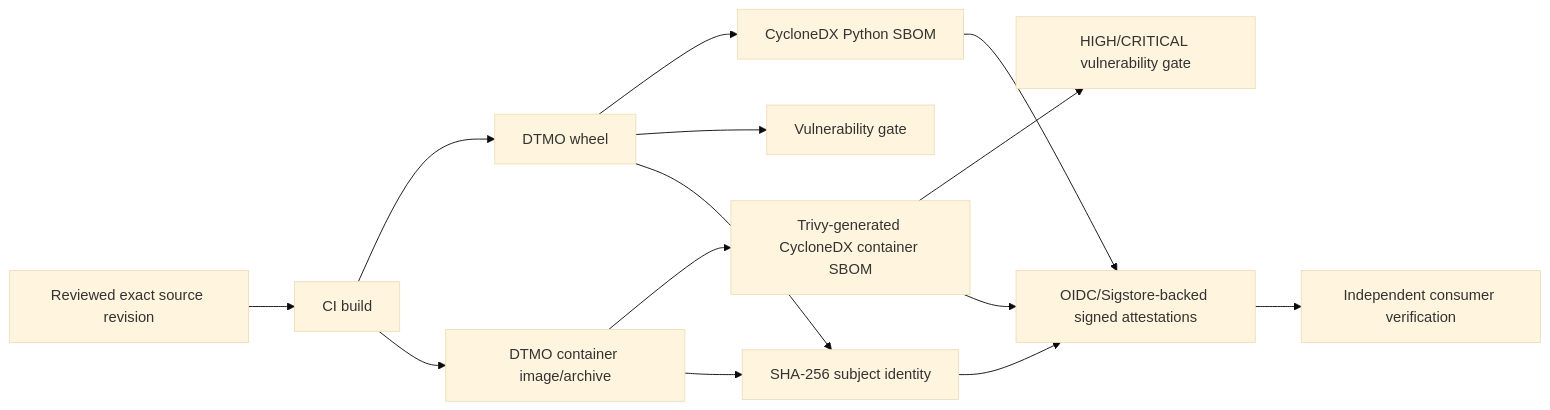
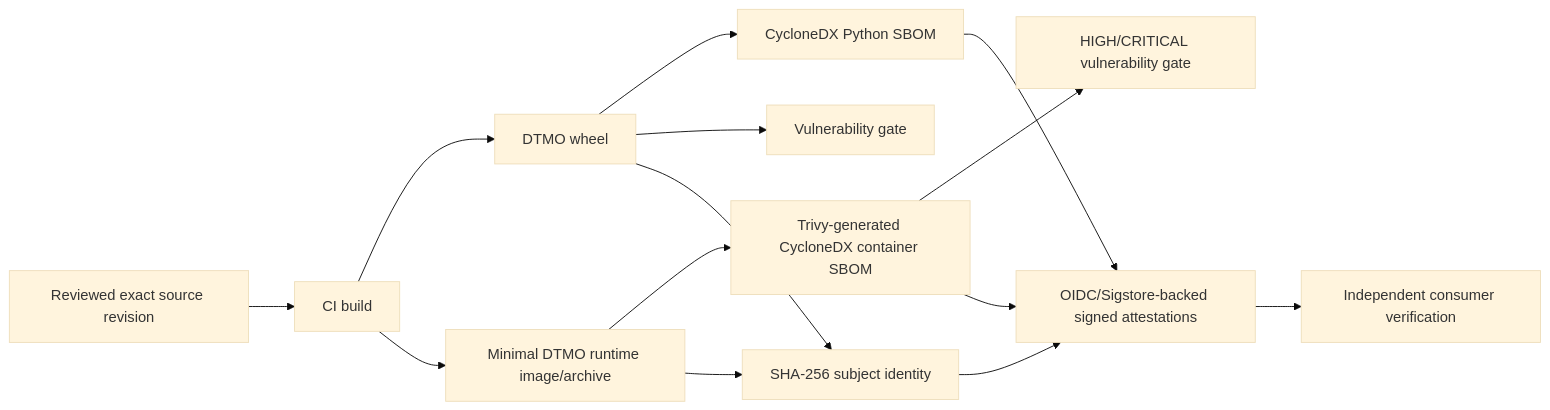
One commit to GJvManen/dtmo changed the diagram in docs/security/PHASE11_8G_SUPPLY_CHAIN_HARDENING.md. Above: the diagram before and after it, drawn with Mermaid (base theme). The commit also changed other lines of this file, not shown here.

Commit message:
Document minimal runtime supply-chain boundary

````diff
--- a/docs/security/PHASE11_8G_SUPPLY_CHAIN_HARDENING.md
+++ b/docs/security/PHASE11_8G_SUPPLY_CHAIN_HARDENING.md
@@ -9,16 +9,16 @@
 ```mermaid
 flowchart LR
     SRC[Reviewed exact source revision] --> BUILD[CI build]
     BUILD --> WHEEL[DTMO wheel]
-    BUILD --> IMAGE[DTMO container image/archive]
+    BUILD --> IMAGE[Minimal DTMO runtime image/archive]
     WHEEL --> PSBOM[CycloneDX Python SBOM]
     IMAGE --> ISBOM[Trivy-generated CycloneDX container SBOM]
     WHEEL --> V1[Vulnerability gate]
     ISBOM --> V2[HIGH/CRITICAL vulnerability gate]
     WHEEL --> HASH[SHA-256 subject identity]
     IMAGE --> HASH
     HASH --> ATTEST[OIDC/Sigstore-backed signed attestations]
     PSBOM --> ATTEST
     ISBOM --> ATTEST
     ATTEST --> VERIFY[Independent consumer verification]
 ```
````
